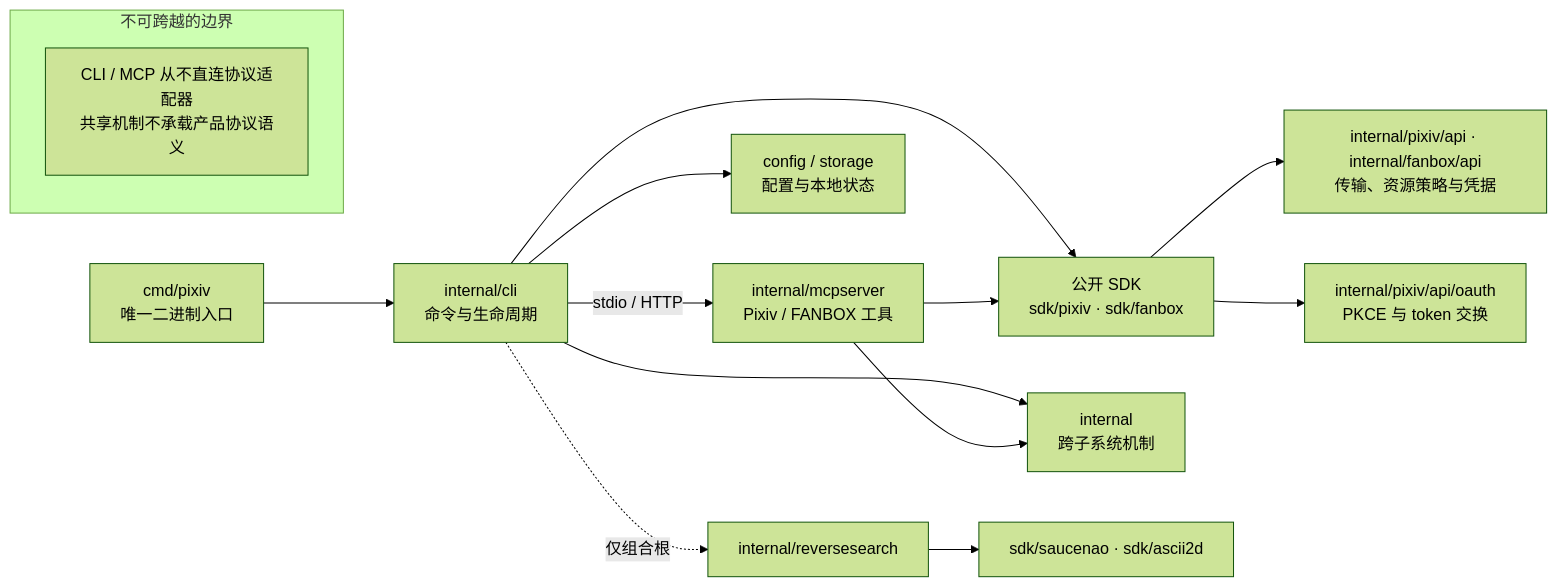
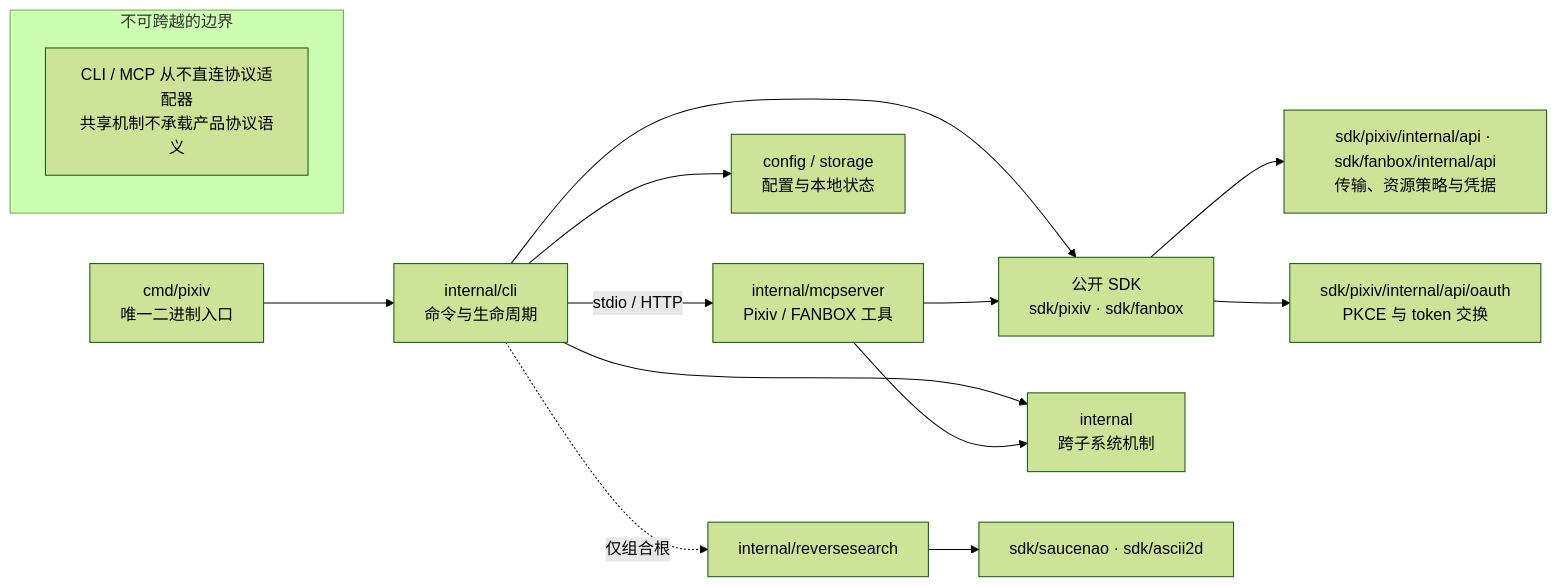
One commit to FlanChanXwO/pixiv-cli changed the first of 5 diagrams in docs/zh-CN/maintainers/architecture.md. Above: the diagram before and after it, drawn with Mermaid (forest theme). The commit also changed other lines of this file and 254 other files, not shown here.

````diff
--- a/docs/zh-CN/maintainers/architecture.md
+++ b/docs/zh-CN/maintainers/architecture.md
@@ -5,18 +5,18 @@
 ```mermaid
 flowchart LR
     ENTRY["cmd/pixiv<br/>唯一二进制入口"] --> CLI["internal/cli<br/>命令与生命周期"]
     CLI -->|"stdio / HTTP"| MCP["internal/mcpserver<br/>Pixiv / FANBOX 工具"]
     CLI --> SDK["公开 SDK<br/>sdk/pixiv · sdk/fanbox"]
     MCP --> SDK
-    SDK --> API["internal/pixiv/api · internal/fanbox/api<br/>传输、资源策略与凭据"]
-    SDK --> OAUTH["internal/pixiv/api/oauth<br/>PKCE 与 token 交换"]
+    SDK --> API["sdk/pixiv/internal/api · sdk/fanbox/internal/api<br/>传输、资源策略与凭据"]
+    SDK --> OAUTH["sdk/pixiv/internal/api/oauth<br/>PKCE 与 token 交换"]
     CLI --> SHARED["internal<br/>跨子系统机制"]
     MCP --> SHARED
     CLI --> STATE["config / storage<br/>配置与本地状态"]
     CLI -.->|"仅组合根"| RSA["internal/reversesearch"]
     RSA --> RSSDK["sdk/saucenao · sdk/ascii2d"]
 
     subgraph boundary["不可跨越的边界"]
         RULE["CLI / MCP 从不直连协议适配器<br/>共享机制不承载产品协议语义"]
     end
 ```
````
